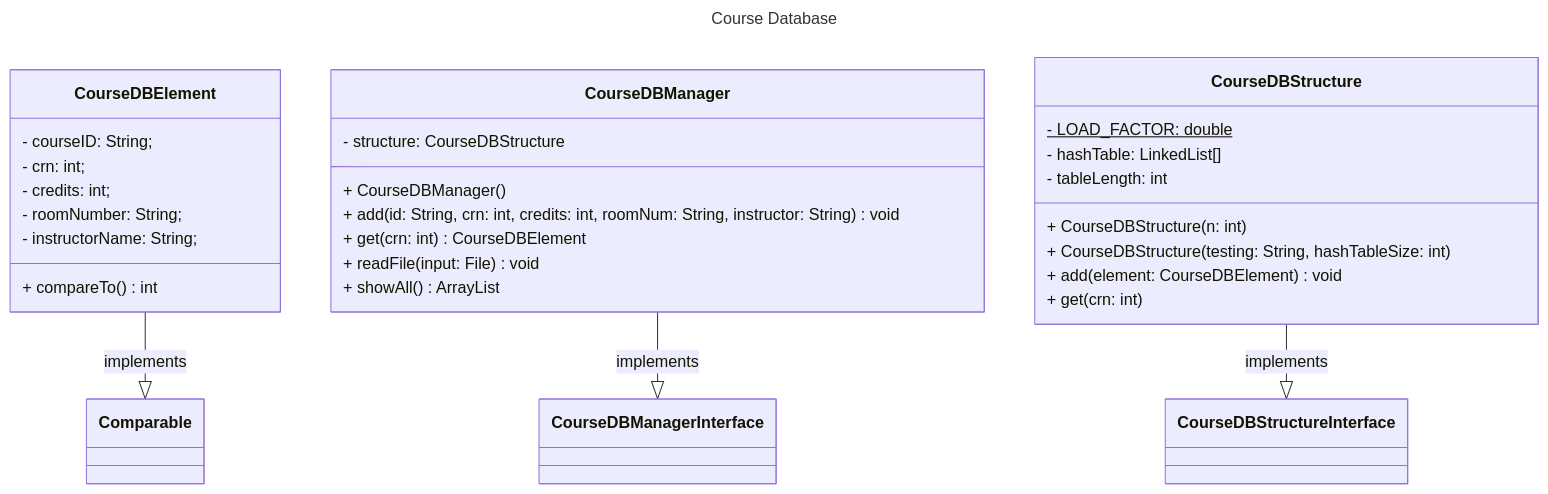
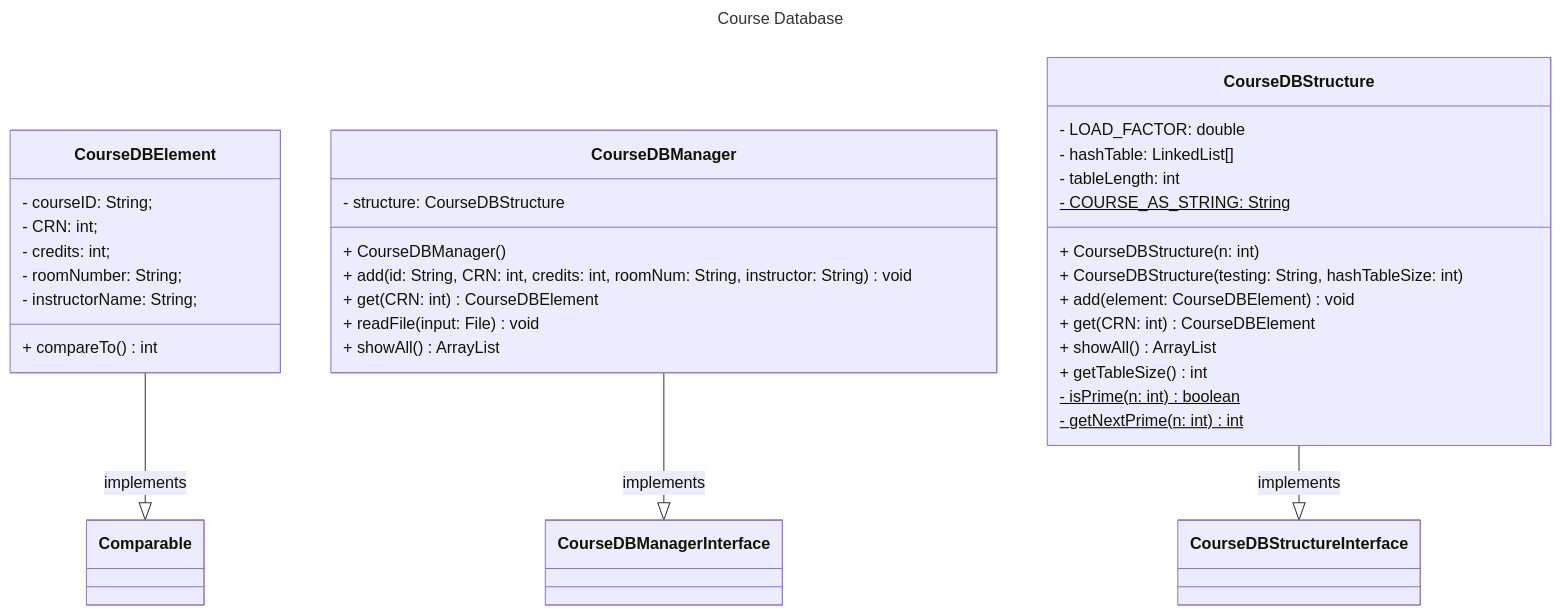
Before and after one commit to nick-nugat/nick-nugat.github.io: the diagram in content/project-designs/cmsc204/NguyenNicholas_Assignment4_Design/assignment4-design.md, drawn with Mermaid. The commit also changed other lines of this file and 1 other file, not shown here.

Commit message:
vault backup: 2024-03-15 19:58:59
Affected files:
content/.obsidian/plugins/update-time-on-edit/data.json
content/project-designs/cmsc204/NguyenNicholas_Assignment4_Design/assignment4-design.md

````diff
--- a/content/project-designs/cmsc204/NguyenNicholas_Assignment4_Design/assignment4-design.md
+++ b/content/project-designs/cmsc204/NguyenNicholas_Assignment4_Design/assignment4-design.md
@@ -15,46 +15,50 @@
 ```mermaid
 ---
 title: Course Database
 ---
 classDiagram
 	direction BT
 
 	Comparable <|-- CourseDBElement: implements
 	CourseDBManagerInterface <|-- CourseDBManager: implements
 	CourseDBStructureInterface <|-- CourseDBStructure: implements
 	
 	
 	class CourseDBElement { 
 	    - courseID: String;  
-	    - crn: int;  
+	    - CRN: int;  
 	    - credits: int;  
 	    - roomNumber: String;  
 	    - instructorName: String;  
 	  
 	    + compareTo() int
 	}
 	
 	 class CourseDBManager{
 		 - structure: CourseDBStructure
 		 
 		 + CourseDBManager()
-		 + add(id: String, crn: int, credits: int, roomNum: String, instructor: String) void
-		 + get(crn: int) CourseDBElement
+		 + add(id: String, CRN: int, credits: int, roomNum: String, instructor: String) void
+		 + get(CRN: int) CourseDBElement
 		 + readFile(input: File) void
 		 + showAll() ArrayList<String>
 	 }
 	
 	 class CourseDBStructure{
-		 - LOAD_FACTOR: double$
+		 - LOAD_FACTOR: double
 		 - hashTable: LinkedList<CourseDBElement>[]
 		 - tableLength: int
+		 - COURSE_AS_STRING: String$
 		   
 		 + CourseDBStructure(n: int)
 		 + CourseDBStructure(testing: String, hashTableSize: int)
-		   
 		 + add(element: CourseDBElement) void
-		 + get(crn: int)
+		 + get(CRN: int) CourseDBElement
+		 + showAll() ArrayList<String>
+		 + getTableSize() int
+		 - isPrime(n: int) boolean$
+		 - getNextPrime(n: int) int$
 	 }
 
 
 ```
````
